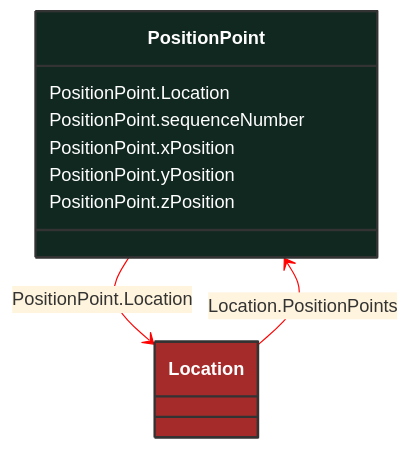
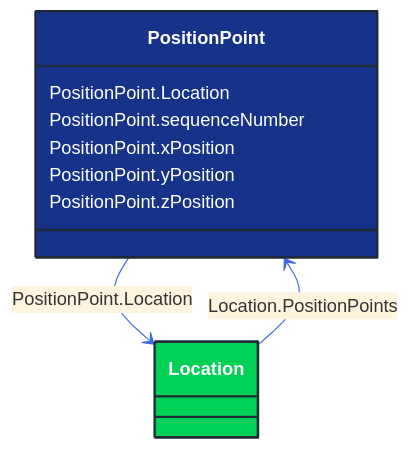
The diagram in docs/Models/Profiles/GeographicalLocation/ConcreteClasses/PositionPoint.md (3lbits/NoCIMExtensions), drawn with Mermaid before and after one commit. The commit also changed 362 other files, not shown here.

First line of the commit message:
Update diagrams and styles for improved visual consistency

````diff
--- a/docs/Models/Profiles/GeographicalLocation/ConcreteClasses/PositionPoint.md
+++ b/docs/Models/Profiles/GeographicalLocation/ConcreteClasses/PositionPoint.md
@@ -8,26 +8,26 @@
 ```mermaid
-%%{init: {'theme':'base','themeVariables': {'lineColor': '#FF0000'}}}%%
+%%{init: {'theme':'base','themeVariables': {'lineColor': '#4169E1'}}}%%
 classDiagram
     class PositionPoint
     click PositionPoint href "/Models/Profiles/GeographicalLocation/ConcreteClasses/PositionPoint/"
-    style PositionPoint fill:#102820,stroke:#333,stroke-width:2px,rx:10,ry:10,color:white
+    style PositionPoint fill:#163289,stroke:#1F2A37,stroke-width:2px,rx:10,ry:10,color:white
 
         PositionPoint --> Location : PositionPoint.Location
 
         Location
             click Location href "/Models/Profiles/GeographicalLocation/ConcreteClasses/Location/"
-            style Location fill:#A52A2A,stroke:#333,stroke-width:2px,rx:10,ry:10,color:white
+            style Location fill:#00D156,stroke:#1F2A37,stroke-width:2px,rx:10,ry:10,color:white
 
         Location --> PositionPoint : Location.PositionPoints
 
         Location
             click Location href "/Models/Profiles/GeographicalLocation/ConcreteClasses/Location/"
-            style Location fill:#A52A2A,stroke:#333,stroke-width:2px,rx:10,ry:10,color:white
+            style Location fill:#00D156,stroke:#1F2A37,stroke-width:2px,rx:10,ry:10,color:white
 
 
         PositionPoint : PositionPoint.Location
         PositionPoint : PositionPoint.sequenceNumber
         PositionPoint : PositionPoint.xPosition
         PositionPoint : PositionPoint.yPosition
         PositionPoint : PositionPoint.zPosition
 ```
````
